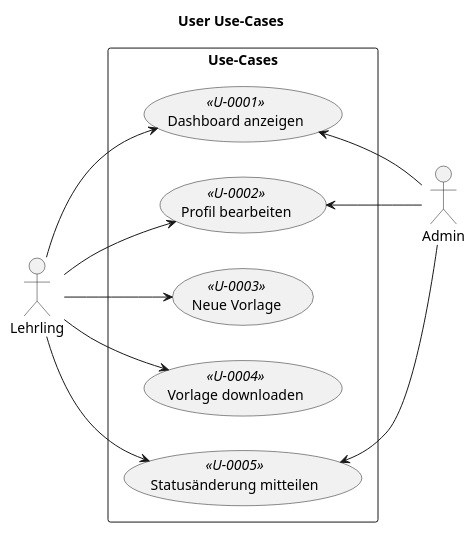
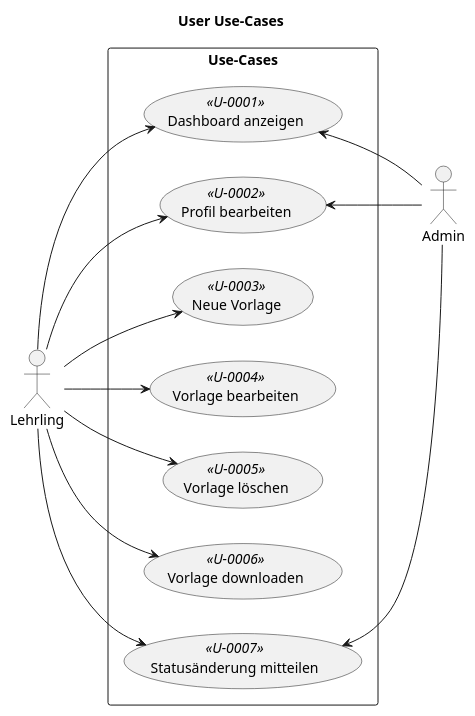
Before and after one commit to bztfinformatik/lernportfolio-21r8390-php: the diagram in docs/LB1/Anforderung/UserUseCases.puml, drawn with PlantUML. The commit also changed 3 other files, not shown here.

```diff
--- a/docs/LB1/Anforderung/UserUseCases.puml
+++ b/docs/LB1/Anforderung/UserUseCases.puml
@@ -1,32 +1,35 @@
 @startuml "User Use-Cases"
 title "User Use-Cases"
 left to right direction
 skinparam packageStyle rectangle
 
 ' Akteure
 actor Lehrling
 actor Admin
 
 ' Diagramm
 rectangle "Use-Cases" {
     (Dashboard anzeigen) as (U-0001) <<U-0001>>
     (Profil bearbeiten) as (U-0002) <<U-0002>>
     (Neue Vorlage) as (U-0003) <<U-0003>>
-    (Vorlage downloaden) as (U-0004) <<U-0004>>
-    (Statusänderung mitteilen) as (U-0005) <<U-0005>>
+    (Vorlage bearbeiten) as (U-0004) <<U-0004>>
+    (Vorlage löschen) as (U-0005) <<U-0005>>
+    (Vorlage downloaden) as (U-0006) <<U-0006>>
+    (Statusänderung mitteilen) as (U-0007) <<U-0007>>
 }
 
 ' Verbindungen    
 Lehrling --> (U-0001)
 (U-0001) <-- Admin
 
 Lehrling --> (U-0002)
 (U-0002) <-- Admin
 
 Lehrling --> (U-0003)
+Lehrling --> (U-0004)
+Lehrling --> (U-0005)
+Lehrling --> (U-0006)
 
-Lehrling --> (U-0004)
-
-Lehrling --> (U-0005)
-(U-0005) <-- Admin
+Lehrling --> (U-0007)
+(U-0007) <-- Admin
 @enduml
```
